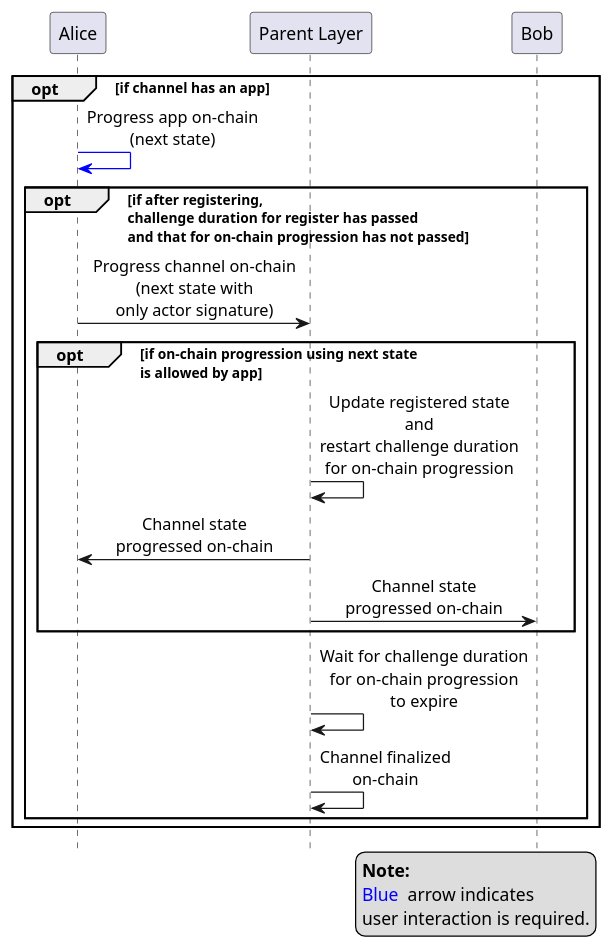
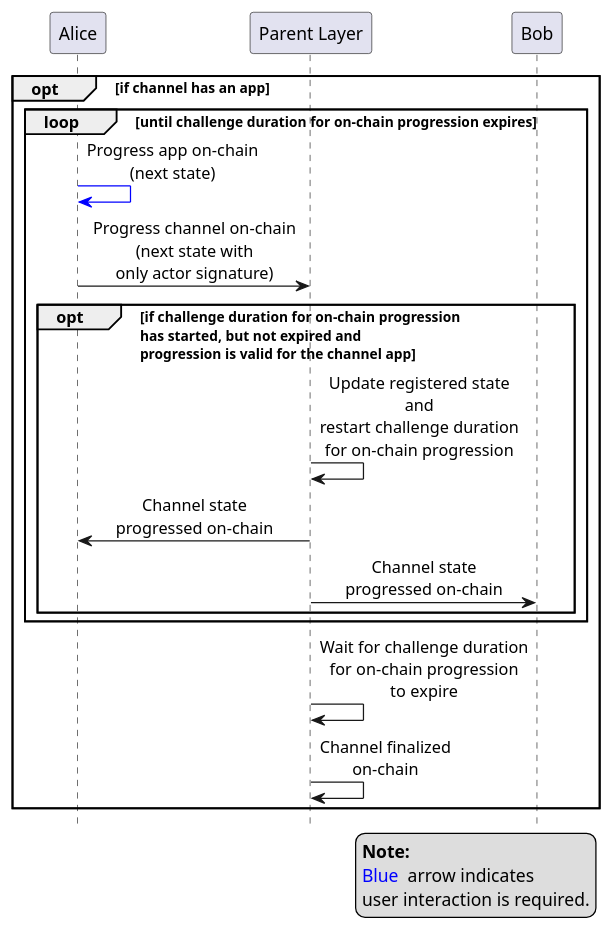
Before and after one commit to hyperledger-labs/perun-doc: the diagram in source/images/concepts/register_generic_progress.plantuml, drawn with PlantUML. The commit also changed 3 other files, not shown here.

Commit message:
Revise register & on-chain progression diagrams

```diff
--- a/source/images/concepts/register_generic_progress.plantuml
+++ b/source/images/concepts/register_generic_progress.plantuml
@@ -4,30 +4,30 @@
 @startuml register_generic_progress
 hide footbox
 skinparam SequenceMessageAlign center
 
 participant "Alice" as alice
 participant "Parent Layer" as parentLayer
 participant "Bob" as bob
 
 
 opt if channel has an app
+loop until challenge duration for on-chain progression expires
 alice -[#blue]> alice: Progress app on-chain\n(next state)
-opt if after registering,\nchallenge duration for register has passed \nand that for on-chain progression has not passed
 alice -> parentLayer: Progress channel on-chain\n(next state with\nonly actor signature)
-opt if on-chain progression using next state\nis allowed by app
+opt if challenge duration for on-chain progression\nhas started, but not expired and\nprogression is valid for the channel app
 parentLayer -> parentLayer: Update registered state\nand\nrestart challenge duration\nfor on-chain progression
 alice <- parentLayer: Channel state\nprogressed on-chain
 parentLayer -> bob: Channel state\nprogressed on-chain
 end
+end
 parentLayer -> parentLayer: Wait for challenge duration\nfor on-chain progression\nto expire
 parentLayer -> parentLayer: Channel finalized\non-chain 
-end
 end
 
 legend bottom right
 <b>Note:</b>
 <color:blue>Blue </color> arrow indicates
 user interaction is required.
 endlegend
 
 @enduml
```
